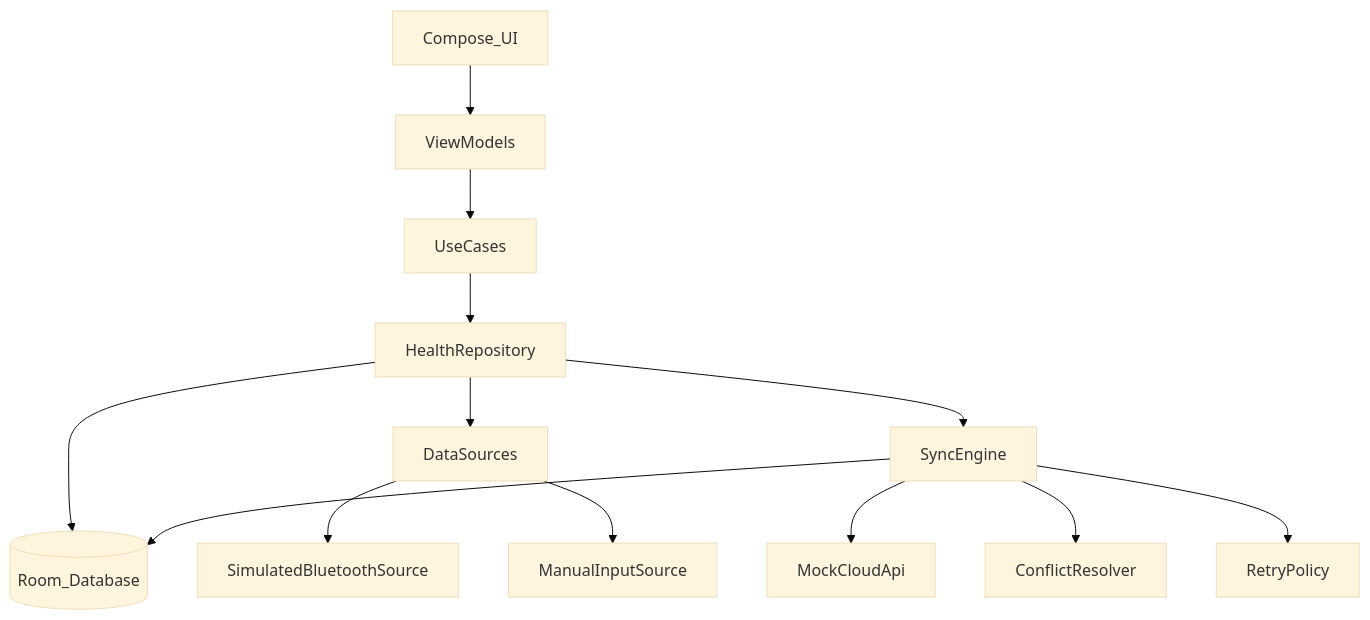
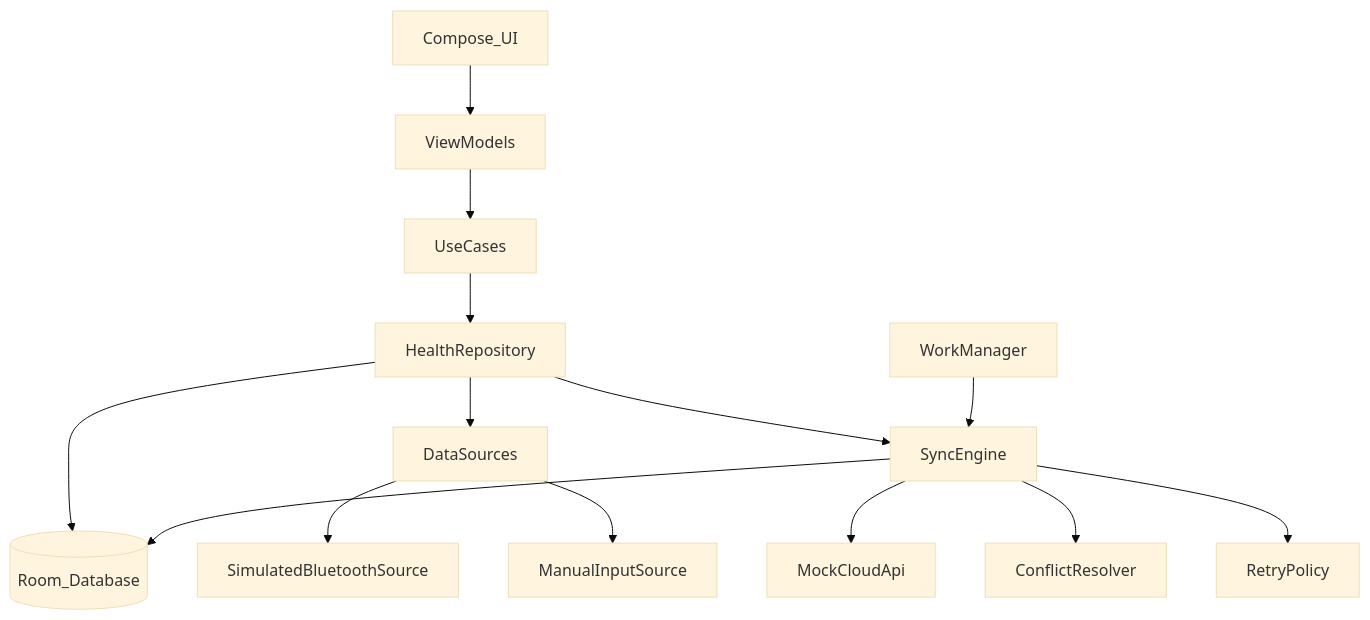
One commit to hhhcchhh/HealthSync changed the first of 3 diagrams in docs/DESIGN.md. Above: the diagram before and after it, drawn with Mermaid (base theme). The commit also changed other lines of this file, not shown here.

````diff
--- a/docs/DESIGN.md
+++ b/docs/DESIGN.md
@@ -42,18 +42,20 @@
 ```mermaid
 flowchart TD
   UI[Compose_UI] --> VM[ViewModels]
   VM --> UC[UseCases]
   UC --> Repo[HealthRepository]
 
   Repo --> DB[(Room_Database)]
   Repo --> DS[DataSources]
   Repo --> Sync[SyncEngine]
 
   DS --> Sim[SimulatedBluetoothSource]
   DS --> Manual[ManualInputSource]
 
   Sync --> DB
   Sync --> Api[MockCloudApi]
   Sync --> Conflict[ConflictResolver]
   Sync --> Retry[RetryPolicy]
+
+  WM[WorkManager] --> Sync
 ```
````
